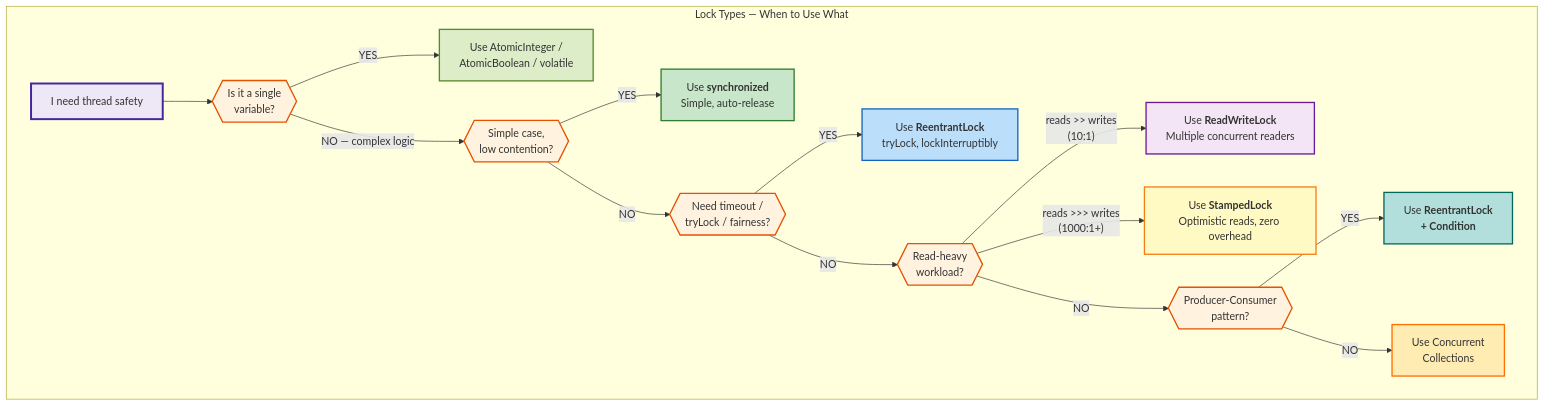
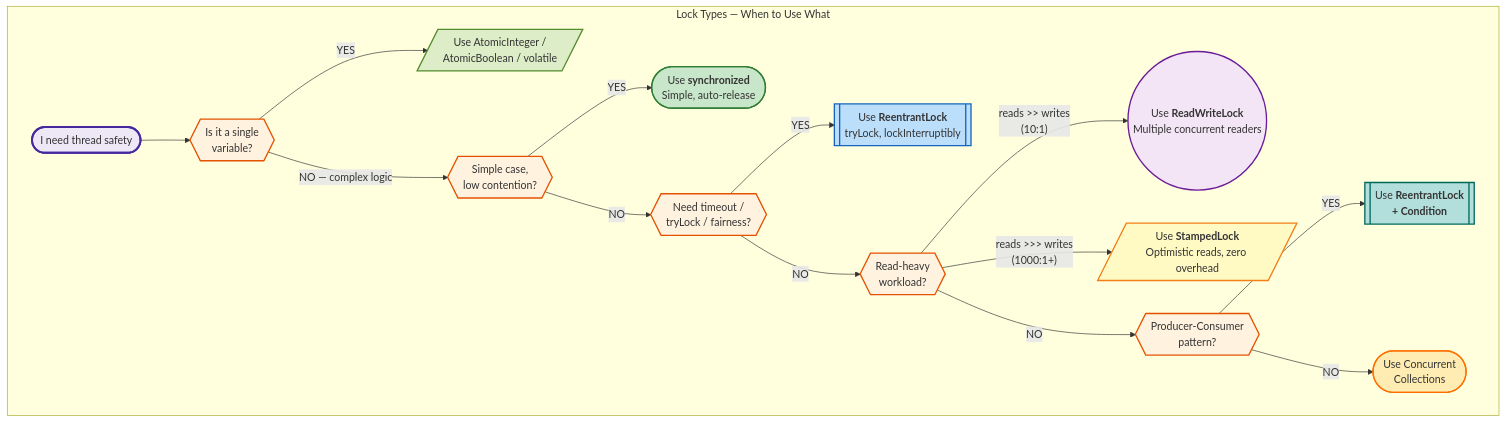
Before and after one commit to saivamsikaruturi/vamsilabs-dev-notes-main: the second of 2 diagrams in docs/java/Locks.md, drawn with Mermaid. The commit also changed other lines of this file and 146 other files, not shown here.

Commit message:
Horizontal diagrams, UML class diagrams, typography overhaul, and permalink cleanup

````diff
--- a/docs/java/Locks.md
+++ b/docs/java/Locks.md
@@ -780,36 +780,37 @@
 ```mermaid
-flowchart TD
+flowchart LR
     subgraph LockDecision["Lock Types — When to Use What"]
-        START["I need thread safety"] --> Q1{{"Is it a single<br/>variable?"}}
+        direction LR
+        START(["I need thread safety"]) --> Q1{{"Is it a single<br/>variable?"}}
 
-        Q1 -->|"YES"| ATOMIC["Use AtomicInteger /<br/>AtomicBoolean / volatile"]
+        Q1 -->|"YES"| ATOMIC[/"Use AtomicInteger /<br/>AtomicBoolean / volatile"/]
         Q1 -->|"NO — complex logic"| Q2{{"Simple case,<br/>low contention?"}}
 
-        Q2 -->|"YES"| SYNC["Use <b>synchronized</b><br/>Simple, auto-release"]
+        Q2 -->|"YES"| SYNC(["Use <b>synchronized</b><br/>Simple, auto-release"])
         Q2 -->|"NO"| Q3{{"Need timeout /<br/>tryLock / fairness?"}}
 
-        Q3 -->|"YES"| REENTRANT["Use <b>ReentrantLock</b><br/>tryLock, lockInterruptibly"]
+        Q3 -->|"YES"| REENTRANT[["Use <b>ReentrantLock</b><br/>tryLock, lockInterruptibly"]]
         Q3 -->|"NO"| Q4{{"Read-heavy<br/>workload?"}}
 
-        Q4 -->|"reads >> writes<br/>(10:1)"| RWL["Use <b>ReadWriteLock</b><br/>Multiple concurrent readers"]
-        Q4 -->|"reads >>> writes<br/>(1000:1+)"| STAMPED["Use <b>StampedLock</b><br/>Optimistic reads, zero overhead"]
+        Q4 -->|"reads >> writes<br/>(10:1)"| RWL(("Use <b>ReadWriteLock</b><br/>Multiple concurrent readers"))
+        Q4 -->|"reads >>> writes<br/>(1000:1+)"| STAMPED[/"Use <b>StampedLock</b><br/>Optimistic reads, zero overhead"/]
         Q4 -->|"NO"| Q5{{"Producer-Consumer<br/>pattern?"}}
 
-        Q5 -->|"YES"| CONDITION["Use <b>ReentrantLock<br/>+ Condition</b>"]
-        Q5 -->|"NO"| CONCURRENT["Use Concurrent<br/>Collections"]
+        Q5 -->|"YES"| CONDITION[["Use <b>ReentrantLock<br/>+ Condition</b>"]]
+        Q5 -->|"NO"| CONCURRENT(["Use Concurrent<br/>Collections"])
     end
 
     style START fill:#ede7f6,stroke:#4527a0,stroke-width:3px
     style Q1 fill:#fff3e0,stroke:#e65100,stroke-width:2px
     style Q2 fill:#fff3e0,stroke:#e65100,stroke-width:2px
     style Q3 fill:#fff3e0,stroke:#e65100,stroke-width:2px
     style Q4 fill:#fff3e0,stroke:#e65100,stroke-width:2px
     style Q5 fill:#fff3e0,stroke:#e65100,stroke-width:2px
     style SYNC fill:#c8e6c9,stroke:#2e7d32,stroke-width:2px
     style REENTRANT fill:#bbdefb,stroke:#1565c0,stroke-width:2px
     style RWL fill:#f3e5f5,stroke:#6a1b9a,stroke-width:2px
     style STAMPED fill:#fff9c4,stroke:#f57f17,stroke-width:2px
     style CONDITION fill:#b2dfdb,stroke:#00695c,stroke-width:2px
     style ATOMIC fill:#dcedc8,stroke:#558b2f,stroke-width:2px
     style CONCURRENT fill:#ffecb3,stroke:#ff6f00,stroke-width:2px
 ```
````
